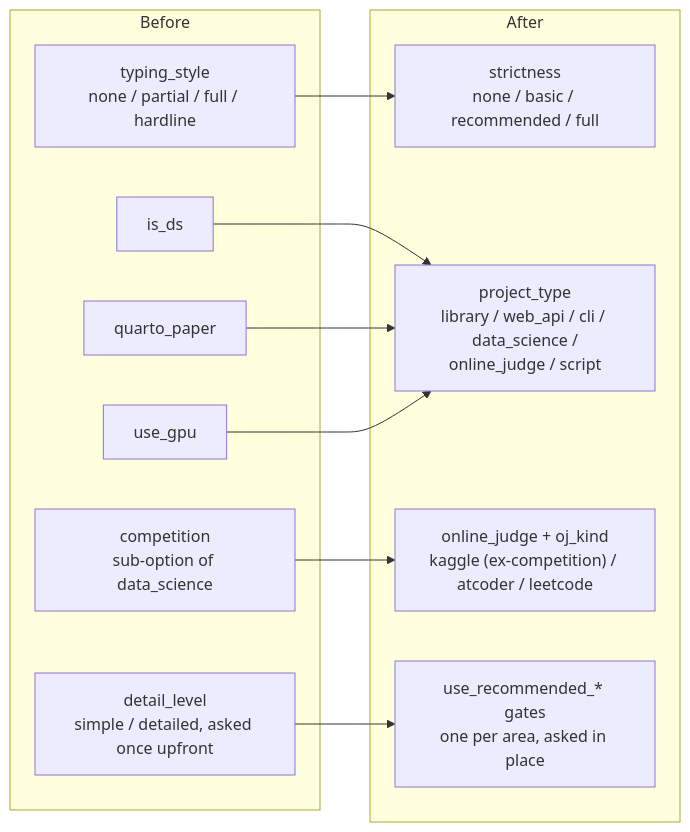
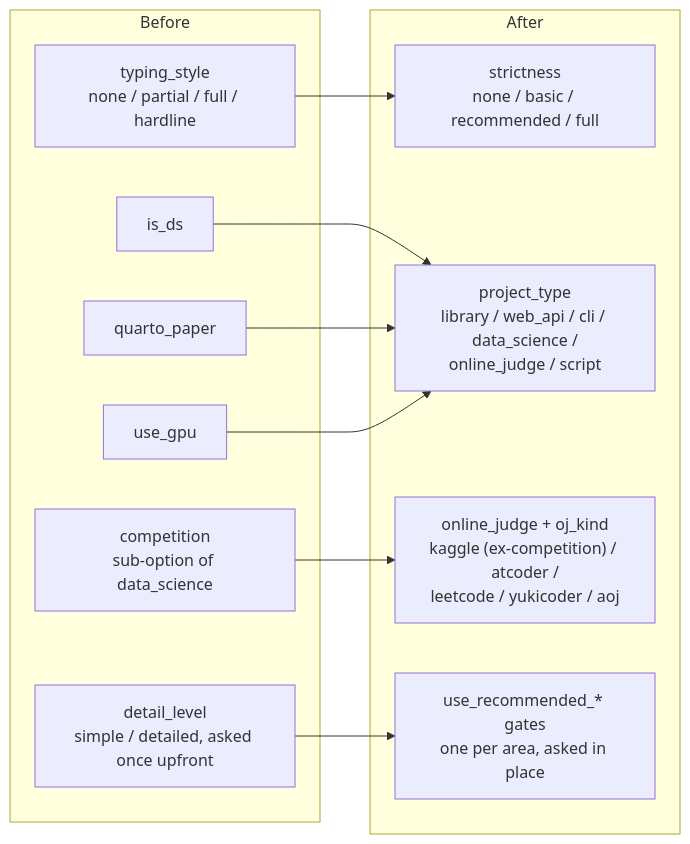
The second of 2 diagrams in README.md (ConstitutiveTemplates/daimonion), drawn with Mermaid before and after one commit. The commit also changed other lines of this file and 48 other files, not shown here.

````diff
--- a/README.md
+++ b/README.md
@@ -327,25 +352,25 @@
 ```mermaid
 flowchart LR
     subgraph before["Before"]
         A1[typing_style<br/>none / partial / full / hardline]
         A2[is_ds]
         A3[quarto_paper]
         A4[use_gpu]
         A5[competition<br/>sub-option of data_science]
         A6[detail_level<br/>simple / detailed, asked once upfront]
     end
 
     subgraph after["After"]
         B1[strictness<br/>none / basic / recommended / full]
         B2[project_type<br/>library / web_api / cli / data_science /<br/>online_judge / script]
-        B3["online_judge + oj_kind<br/>kaggle (ex-competition) / atcoder / leetcode"]
+        B3["online_judge + oj_kind<br/>kaggle (ex-competition) / atcoder /<br/>leetcode / yukicoder / aoj"]
         B4["use_recommended_* gates<br/>one per area, asked in place"]
     end
 
     A1 --> B1
     A2 --> B2
     A3 --> B2
     A4 --> B2
     A5 --> B3
     A6 --> B4
 ```
````
